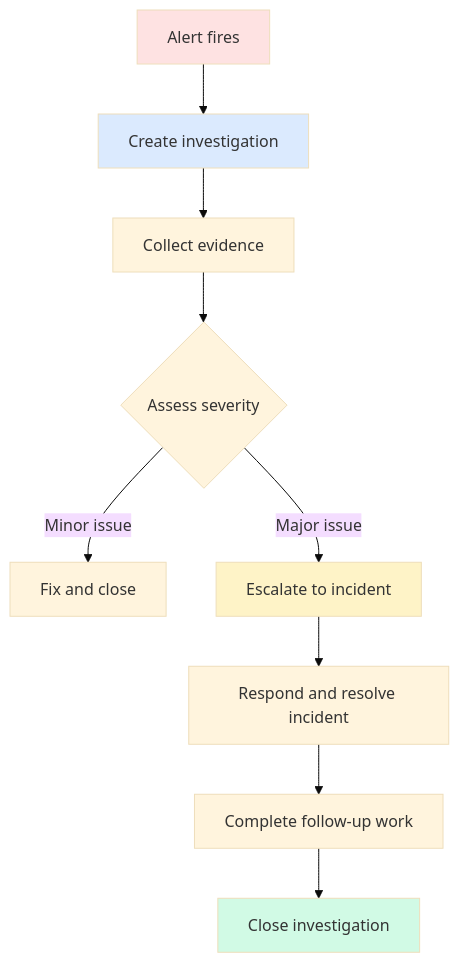
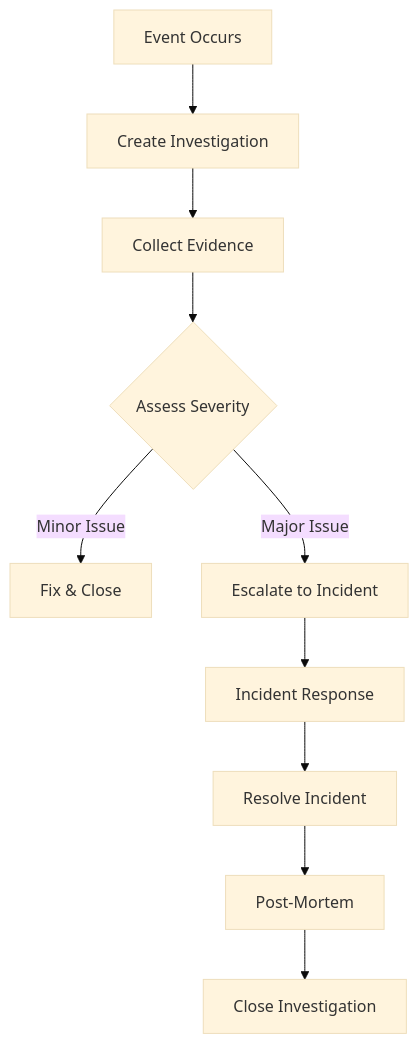
The diagram in README.md (agrieser/case), drawn with Mermaid (base theme) before and after one commit. The commit also changed other lines of this file and 1 other file, not shown here.

````diff
--- a/README.md
+++ b/README.md
@@ -71,18 +165,14 @@
 ```mermaid
 flowchart TD
-    A[Alert fires] --> B[Create investigation]
-    B --> C[Collect evidence]
-    C --> D{Assess severity}
+    A[Event Occurs] --> B[Create Investigation]
+    B --> C[Collect Evidence]
+    C --> D{Assess Severity}
 
-    D -->|Minor issue| E[Fix and close]
-    D -->|Major issue| F[Escalate to incident]
+    D -->|Minor Issue| E[Fix & Close]
+    D -->|Major Issue| F[Escalate to Incident]
 
-    F --> G[Respond and resolve incident]
-    G --> H[Complete follow-up work]
-    H --> I[Close investigation]
-
-    style A fill:#fee2e2
-    style B fill:#dbeafe
-    style F fill:#fef3c7
-    style I fill:#d1fae5
+    F --> G[Incident Response]
+    G --> H[Resolve Incident]
+    H --> I[Post-Mortem]
+    I --> J[Close Investigation]
 ```
````
